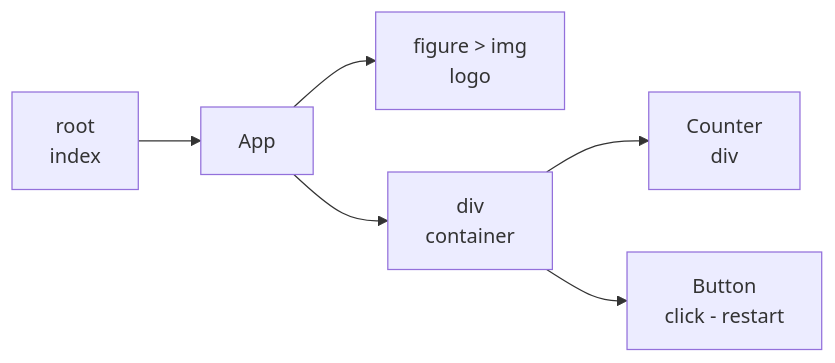
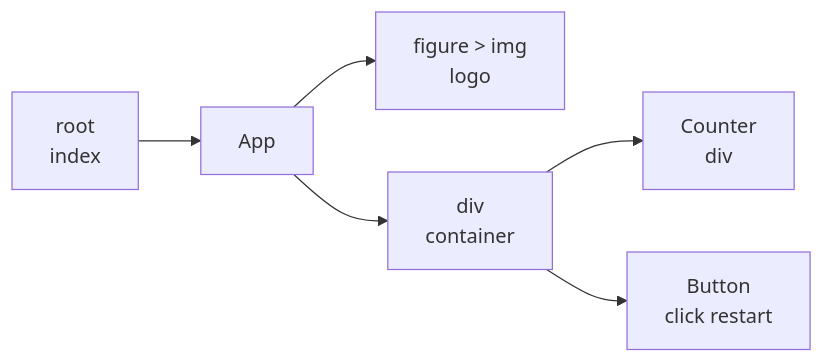
The diagram in README.md (alevroses/react__click-counter), drawn with Mermaid before and after one commit. The commit also changed other lines of this file, not shown here.

````diff
--- a/README.md
+++ b/README.md
@@ -9,8 +9,8 @@
 ```mermaid
 graph LR
     A[root \n index] --> B[App]
     B --> C[figure > img \n logo]
     B --> D[div \n container]
     D --> E[Counter \n div]
-    D --> F[Button \n click - restart]
+    D --> F[Button \n click restart]
 ```
````
